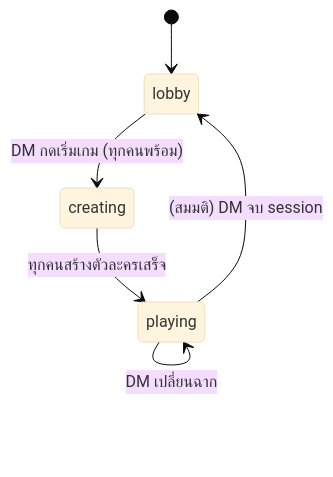
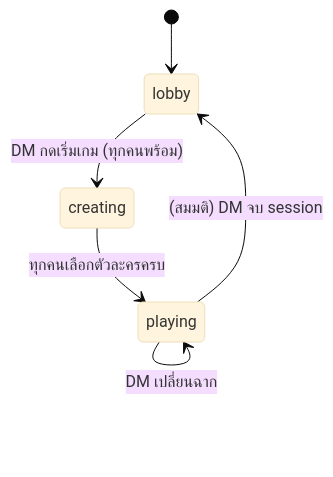
One commit to Shinnamon-Roll/project-D-D changed the second of 2 diagrams in docs/design/web-flow.md. Above: the diagram before and after it, drawn with Mermaid (base theme). The commit also changed other lines of this file and 41 other files, not shown here.

````diff
--- a/docs/design/web-flow.md
+++ b/docs/design/web-flow.md
@@ -38,8 +41,8 @@
 ```mermaid
 stateDiagram-v2
   [*] --> lobby
   lobby --> creating: DM กดเริ่มเกม (ทุกคนพร้อม)
-  creating --> playing: ทุกคนสร้างตัวละครเสร็จ
+  creating --> playing: ทุกคนเลือกตัวละครครบ
   playing --> playing: DM เปลี่ยนฉาก
   playing --> lobby: (สมมติ) DM จบ session
 ```
````
